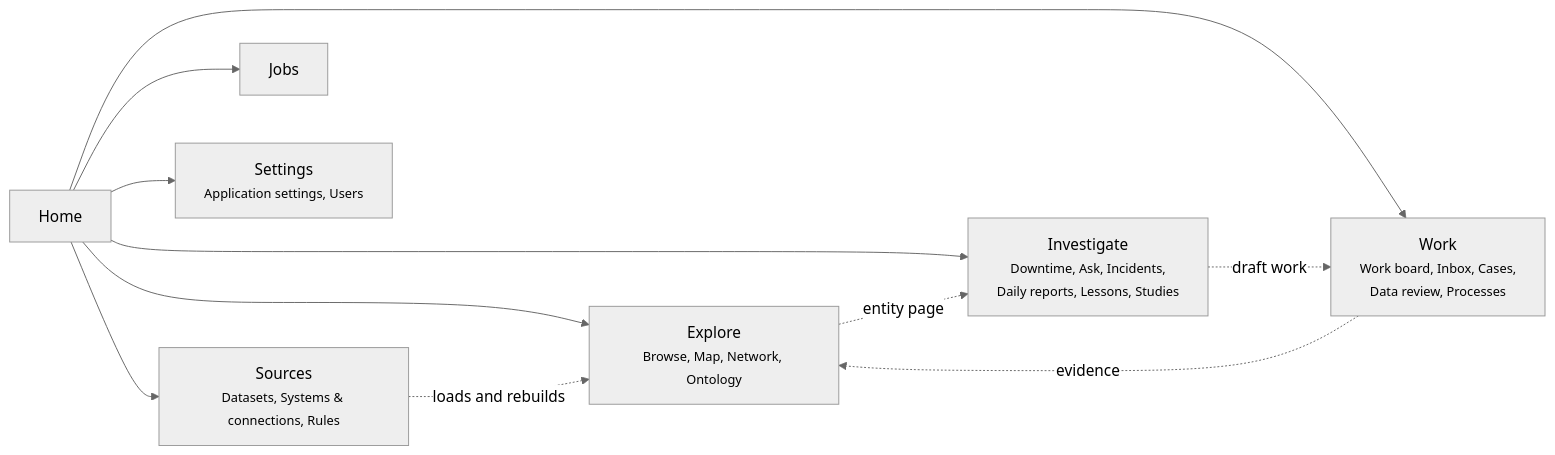
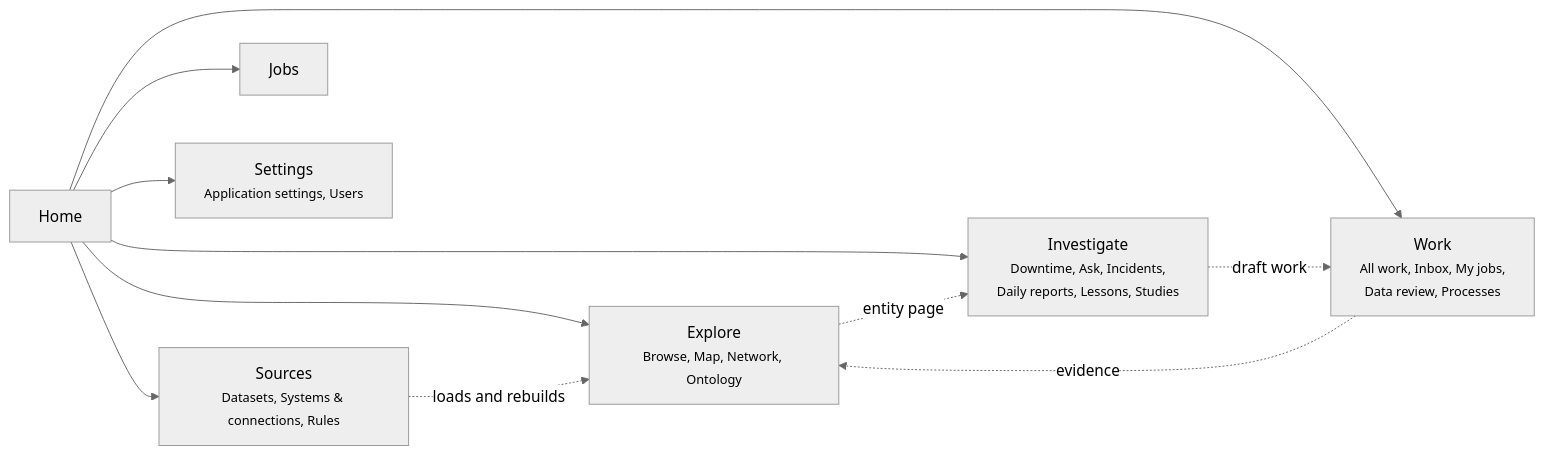
Before and after one commit to areed145/fuzer: the diagram in docs/tour.md, drawn with Mermaid (neutral theme). The commit also changed other lines of this file and 15 other files, not shown here.

First line of the commit message:
All work: the Work board and Cases become views of one IOC list (#502)

````diff
--- a/docs/tour.md
+++ b/docs/tour.md
@@ -13,13 +13,13 @@
 ```mermaid
 flowchart LR
   home["Home"] --> explore["Explore<br><small>Browse, Map, Network, Ontology</small>"]
   home --> investigate["Investigate<br><small>Downtime, Ask, Incidents,<br>Daily reports, Lessons, Studies</small>"]
-  home --> work["Work<br><small>Work board, Inbox, Cases,<br>Data review, Processes</small>"]
+  home --> work["Work<br><small>All work, Inbox, My jobs,<br>Data review, Processes</small>"]
   home --> sources["Sources<br><small>Datasets, Systems & connections, Rules</small>"]
   home --> jobs["Jobs"]
   home --> settings["Settings<br><small>Application settings, Users</small>"]
   explore -.->|entity page| investigate
   investigate -.->|draft work| work
   work -.->|evidence| explore
   sources -.->|loads and rebuilds| explore
 ```
````
